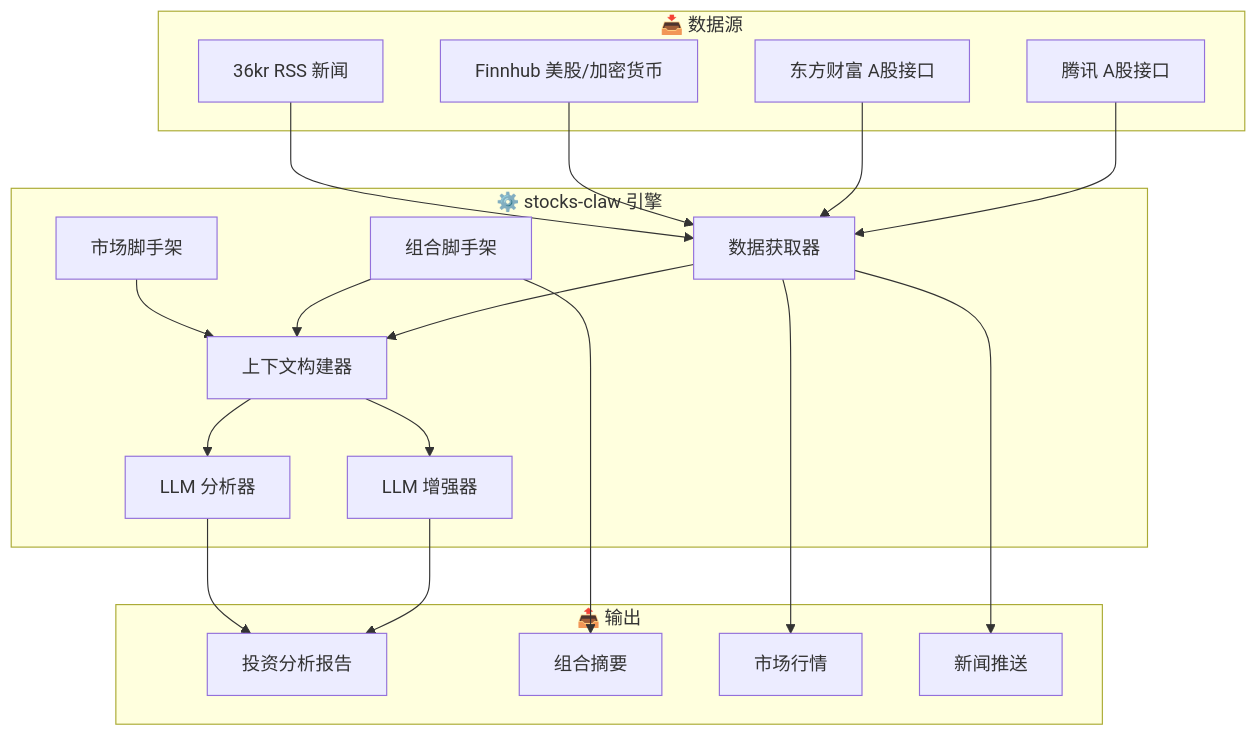
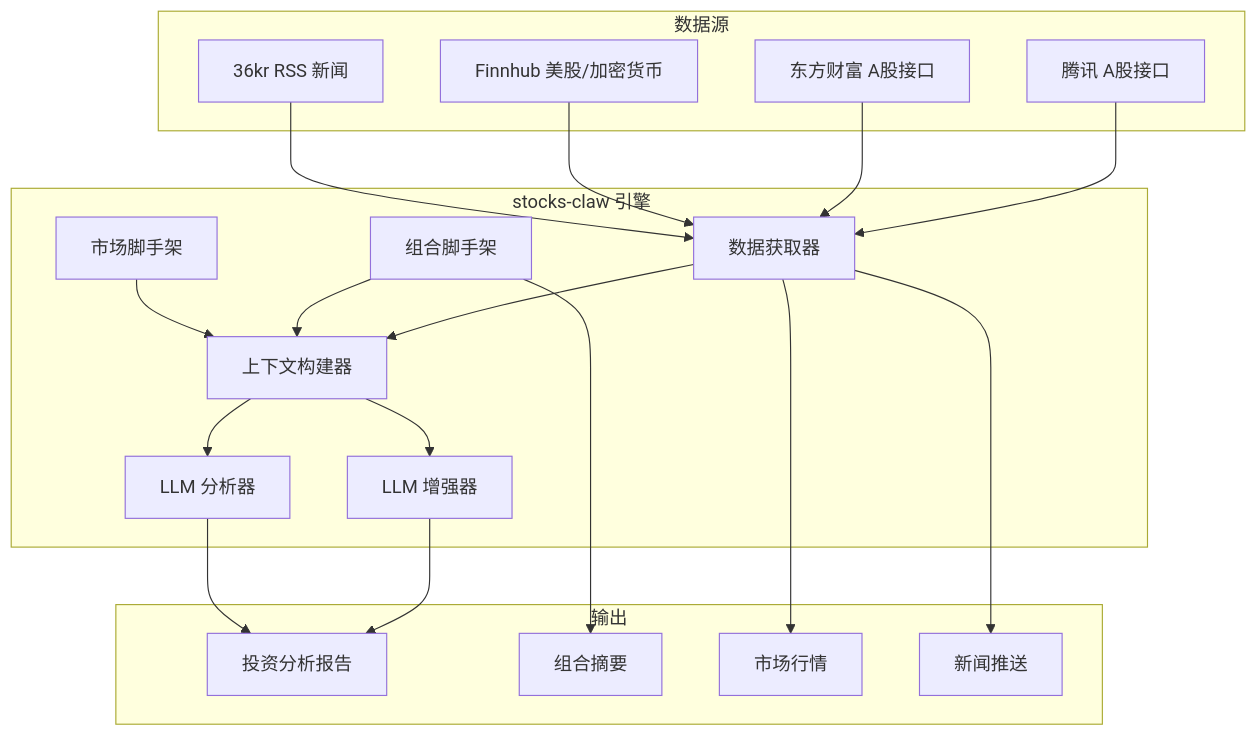
Before and after one commit to BakaAkari/stocks-claw: the diagram in README.zh.md, drawn with Mermaid. The commit also changed other lines of this file and 10 other files, not shown here.

````diff
--- a/README.zh.md
+++ b/README.zh.md
@@ -67,40 +67,40 @@
 ```mermaid
 flowchart TB
-    subgraph Input["📥 数据源"]
-        A[腾讯 A股接口]
-        B[东方财富 A股接口]
-        C[Finnhub 美股/加密货币]
-        D[36kr RSS 新闻]
-    end
+subgraph Input[" 数据源"]
+A[腾讯 A股接口]
+B[东方财富 A股接口]
+C[Finnhub 美股/加密货币]
+D[36kr RSS 新闻]
+end
 
-    subgraph Engine["⚙️ stocks-claw 引擎"]
-        E[数据获取器]
-        F[组合脚手架]
-        G[市场脚手架]
-        H[上下文构建器]
-        I[LLM 增强器]
-        J[LLM 分析器]
-    end
+subgraph Engine["️ stocks-claw 引擎"]
+E[数据获取器]
+F[组合脚手架]
+G[市场脚手架]
+H[上下文构建器]
+I[LLM 增强器]
+J[LLM 分析器]
+end
 
-    subgraph Output["📤 输出"]
-        K[投资分析报告]
-        L[组合摘要]
-        M[市场行情]
-        N[新闻推送]
-    end
+subgraph Output[" 输出"]
+K[投资分析报告]
+L[组合摘要]
+M[市场行情]
+N[新闻推送]
+end
 
-    A --> E
-    B --> E
-    C --> E
-    D --> E
-    E --> H
-    F --> H
-    G --> H
-    H --> I
-    H --> J
-    I --> K
-    J --> K
-    E --> M
-    E --> N
-    F --> L
+A --> E
+B --> E
+C --> E
+D --> E
+E --> H
+F --> H
+G --> H
+H --> I
+H --> J
+I --> K
+J --> K
+E --> M
+E --> N
+F --> L
 ```
````
